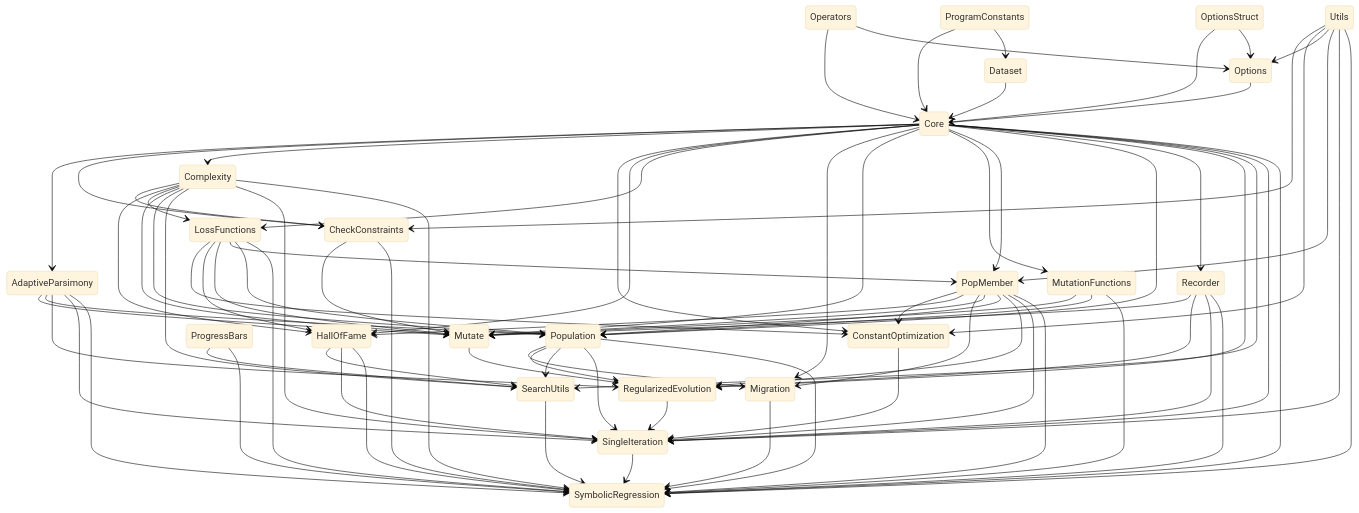
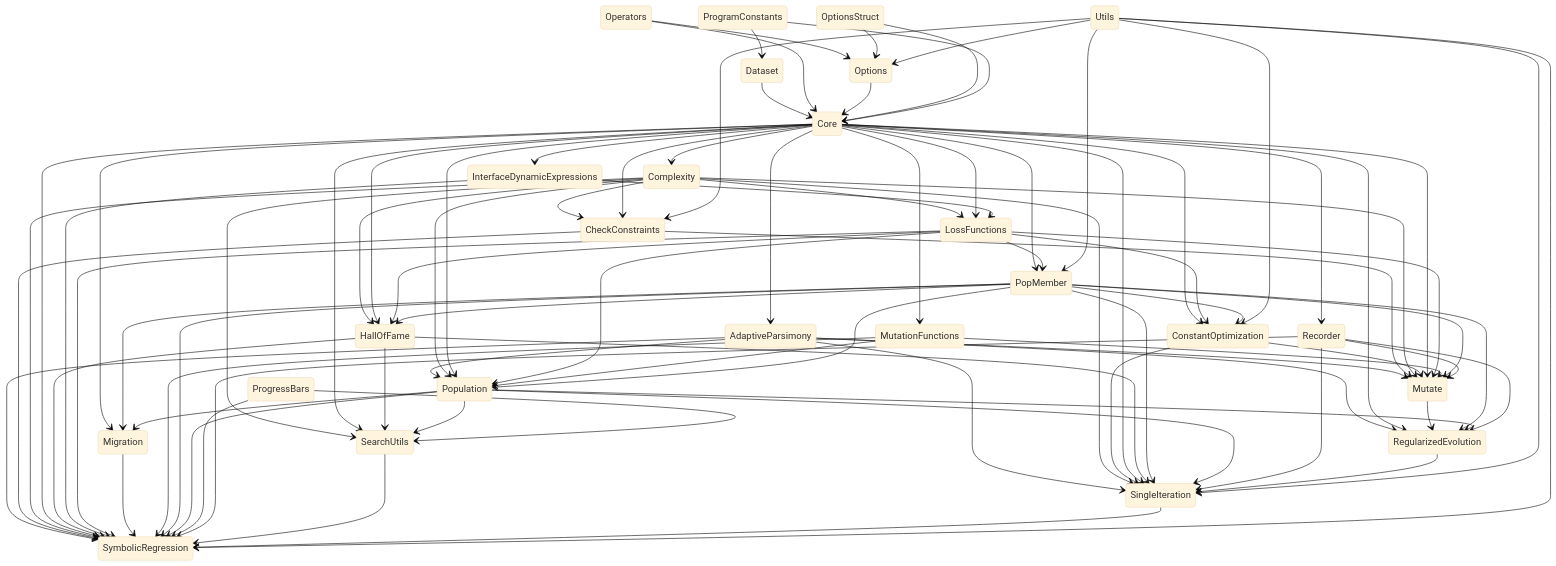
The second of 2 diagrams in README.md (MilesCranmer/SymbolicRegression.jl), drawn with Mermaid (base theme) before and after one commit. The commit also changed other lines of this file, not shown here.

Commit message:
Create flowchart of how codebase works

````diff
--- a/README.md
+++ b/README.md
@@ -135,85 +177,89 @@
 ```mermaid
 stateDiagram-v2
-AdaptiveParsimony --> Mutate
-AdaptiveParsimony --> Population
-AdaptiveParsimony --> RegularizedEvolution
-AdaptiveParsimony --> SingleIteration
-AdaptiveParsimony --> SymbolicRegression
-CheckConstraints --> Mutate
-CheckConstraints --> SymbolicRegression
-Complexity --> CheckConstraints
-Complexity --> HallOfFame
-Complexity --> LossFunctions
-Complexity --> Mutate
-Complexity --> Population
-Complexity --> SearchUtils
-Complexity --> SingleIteration
-Complexity --> SymbolicRegression
-ConstantOptimization --> SingleIteration
-Core --> AdaptiveParsimony
-Core --> CheckConstraints
-Core --> Complexity
-Core --> ConstantOptimization
-Core --> HallOfFame
-Core --> LossFunctions
-Core --> Migration
-Core --> Mutate
-Core --> MutationFunctions
-Core --> PopMember
-Core --> Population
-Core --> Recorder
-Core --> RegularizedEvolution
-Core --> SearchUtils
-Core --> SingleIteration
-Core --> SymbolicRegression
-Dataset --> Core
-HallOfFame --> SearchUtils
-HallOfFame --> SingleIteration
-HallOfFame --> SymbolicRegression
-LossFunctions --> ConstantOptimization
-LossFunctions --> HallOfFame
-LossFunctions --> Mutate
-LossFunctions --> PopMember
-LossFunctions --> Population
-LossFunctions --> SymbolicRegression
-Migration --> SymbolicRegression
-Mutate --> RegularizedEvolution
-MutationFunctions --> Mutate
-MutationFunctions --> Population
-MutationFunctions --> SymbolicRegression
-Operators --> Core
-Operators --> Options
-Options --> Core
-OptionsStruct --> Core
-OptionsStruct --> Options
-PopMember --> ConstantOptimization
-PopMember --> HallOfFame
-PopMember --> Migration
-PopMember --> Mutate
-PopMember --> Population
-PopMember --> RegularizedEvolution
-PopMember --> SingleIteration
-PopMember --> SymbolicRegression
-Population --> Migration
-Population --> RegularizedEvolution
-Population --> SearchUtils
-Population --> SingleIteration
-Population --> SymbolicRegression
-ProgramConstants --> Core
-ProgramConstants --> Dataset
-ProgressBars --> SearchUtils
-ProgressBars --> SymbolicRegression
-Recorder --> Mutate
-Recorder --> RegularizedEvolution
-Recorder --> SingleIteration
-Recorder --> SymbolicRegression
-RegularizedEvolution --> SingleIteration
-SearchUtils --> SymbolicRegression
-SingleIteration --> SymbolicRegression
-Utils --> CheckConstraints
-Utils --> ConstantOptimization
-Utils --> Options
-Utils --> PopMember
-Utils --> SingleIteration
-Utils --> SymbolicRegression
+    AdaptiveParsimony --> Mutate
+    AdaptiveParsimony --> Population
+    AdaptiveParsimony --> RegularizedEvolution
+    AdaptiveParsimony --> SingleIteration
+    AdaptiveParsimony --> SymbolicRegression
+    CheckConstraints --> Mutate
+    CheckConstraints --> SymbolicRegression
+    Complexity --> CheckConstraints
+    Complexity --> HallOfFame
+    Complexity --> LossFunctions
+    Complexity --> Mutate
+    Complexity --> Population
+    Complexity --> SearchUtils
+    Complexity --> SingleIteration
+    Complexity --> SymbolicRegression
+    ConstantOptimization --> Mutate
+    ConstantOptimization --> SingleIteration
+    Core --> AdaptiveParsimony
+    Core --> CheckConstraints
+    Core --> Complexity
+    Core --> ConstantOptimization
+    Core --> HallOfFame
+    Core --> InterfaceDynamicExpressions
+    Core --> LossFunctions
+    Core --> Migration
+    Core --> Mutate
+    Core --> MutationFunctions
+    Core --> PopMember
+    Core --> Population
+    Core --> Recorder
+    Core --> RegularizedEvolution
+    Core --> SearchUtils
+    Core --> SingleIteration
+    Core --> SymbolicRegression
+    Dataset --> Core
+    HallOfFame --> SearchUtils
+    HallOfFame --> SingleIteration
+    HallOfFame --> SymbolicRegression
+    InterfaceDynamicExpressions --> LossFunctions
+    InterfaceDynamicExpressions --> SymbolicRegression
+    LossFunctions --> ConstantOptimization
+    LossFunctions --> HallOfFame
+    LossFunctions --> Mutate
+    LossFunctions --> PopMember
+    LossFunctions --> Population
+    LossFunctions --> SymbolicRegression
+    Migration --> SymbolicRegression
+    Mutate --> RegularizedEvolution
+    MutationFunctions --> Mutate
+    MutationFunctions --> Population
+    MutationFunctions --> SymbolicRegression
+    Operators --> Core
+    Operators --> Options
+    Options --> Core
+    OptionsStruct --> Core
+    OptionsStruct --> Options
+    PopMember --> ConstantOptimization
+    PopMember --> HallOfFame
+    PopMember --> Migration
+    PopMember --> Mutate
+    PopMember --> Population
+    PopMember --> RegularizedEvolution
+    PopMember --> SingleIteration
+    PopMember --> SymbolicRegression
+    Population --> Migration
+    Population --> RegularizedEvolution
+    Population --> SearchUtils
+    Population --> SingleIteration
+    Population --> SymbolicRegression
+    ProgramConstants --> Core
+    ProgramConstants --> Dataset
+    ProgressBars --> SearchUtils
+    ProgressBars --> SymbolicRegression
+    Recorder --> Mutate
+    Recorder --> RegularizedEvolution
+    Recorder --> SingleIteration
+    Recorder --> SymbolicRegression
+    RegularizedEvolution --> SingleIteration
+    SearchUtils --> SymbolicRegression
+    SingleIteration --> SymbolicRegression
+    Utils --> CheckConstraints
+    Utils --> ConstantOptimization
+    Utils --> Options
+    Utils --> PopMember
+    Utils --> SingleIteration
+    Utils --> SymbolicRegression
 ```
````
